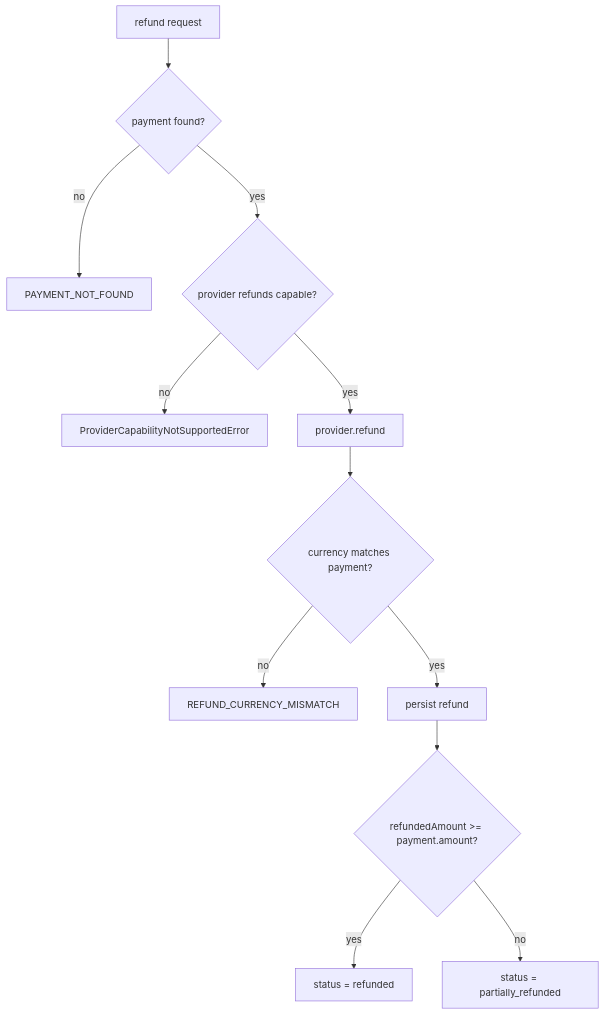
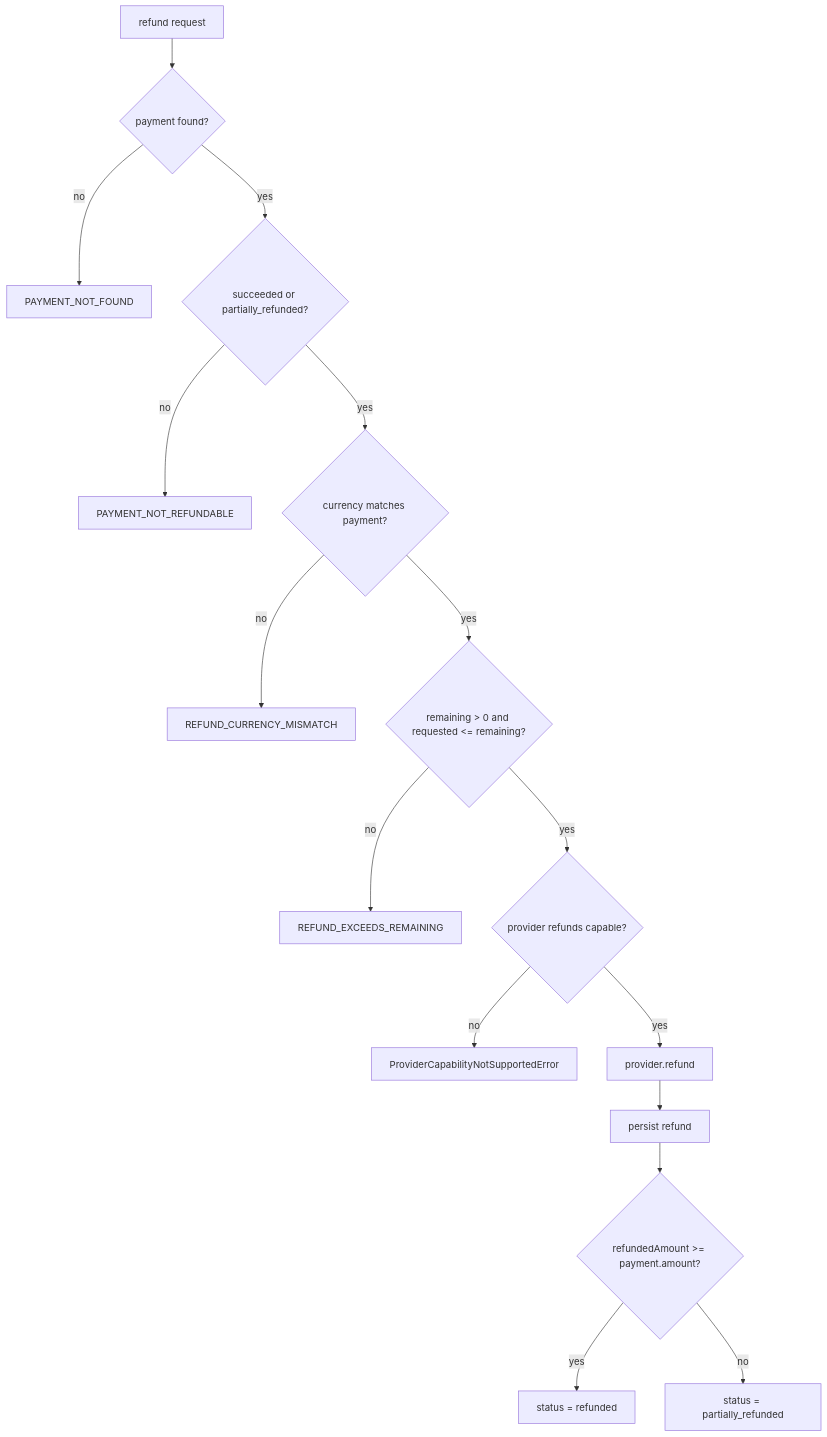
One commit to kidiatoliny/payable-docs changed the second of 2 diagrams in _docs_src/features/11-charges-refunds.md. Above: the diagram before and after it, drawn with Mermaid. The commit also changed other lines of this file and 19 other files, not shown here.

````diff
--- a/_docs_src/features/11-charges-refunds.md
+++ b/_docs_src/features/11-charges-refunds.md
@@ -115,14 +124,18 @@
 ```mermaid
 flowchart TD
     A[refund request] --> B{payment found?}
     B -- no --> E[PAYMENT_NOT_FOUND]
-    B -- yes --> C{provider refunds capable?}
+    B -- yes --> R{succeeded or partially_refunded?}
+    R -- no --> RN[PAYMENT_NOT_REFUNDABLE]
+    R -- yes --> G{currency matches payment?}
+    G -- no --> H[REFUND_CURRENCY_MISMATCH]
+    G -- yes --> M{remaining > 0 and requested <= remaining?}
+    M -- no --> N[REFUND_EXCEEDS_REMAINING]
+    M -- yes --> C{provider refunds capable?}
     C -- no --> F[ProviderCapabilityNotSupportedError]
     C -- yes --> D[provider.refund]
-    D --> G{currency matches payment?}
-    G -- no --> H[REFUND_CURRENCY_MISMATCH]
-    G -- yes --> I[persist refund]
+    D --> I[persist refund]
     I --> J{refundedAmount >= payment.amount?}
     J -- yes --> K[status = refunded]
     J -- no --> L[status = partially_refunded]
 ```
````
